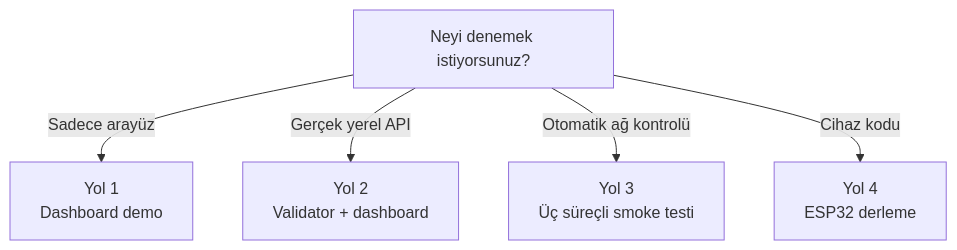
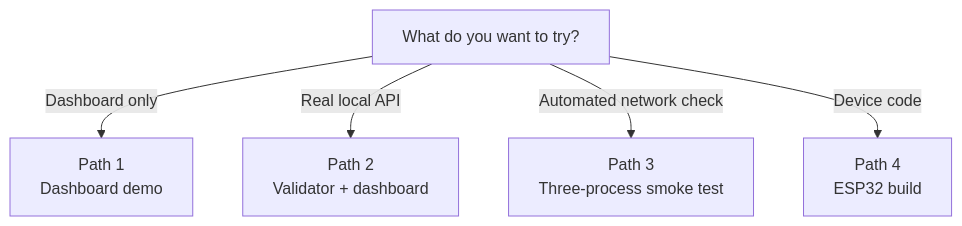
One commit to UfkuAcik/Embedded_Proof-of-Device_Network changed diagram 12 of 15 in README.md. Above: the diagram before and after it, drawn with Mermaid. The commit also changed other lines of this file, not shown here.

````diff
--- a/README.md
+++ b/README.md
@@ -537,8 +547,8 @@
 ```mermaid
 flowchart TD
-    START["Neyi denemek istiyorsunuz?"]
-    START -->|"Sadece arayüz"| DEMO["Yol 1<br/>Dashboard demo"]
-    START -->|"Gerçek yerel API"| LOCAL["Yol 2<br/>Validator + dashboard"]
-    START -->|"Otomatik ağ kontrolü"| SMOKE["Yol 3<br/>Üç süreçli smoke testi"]
-    START -->|"Cihaz kodu"| HW["Yol 4<br/>ESP32 derleme"]
+    START["What do you want to try?"]
+    START -->|"Dashboard only"| DEMO["Path 1<br/>Dashboard demo"]
+    START -->|"Real local API"| LOCAL["Path 2<br/>Validator + dashboard"]
+    START -->|"Automated network check"| SMOKE["Path 3<br/>Three-process smoke test"]
+    START -->|"Device code"| HW["Path 4<br/>ESP32 build"]
 ```
````
